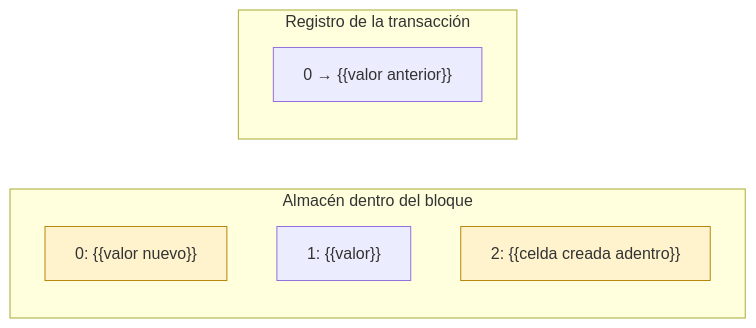
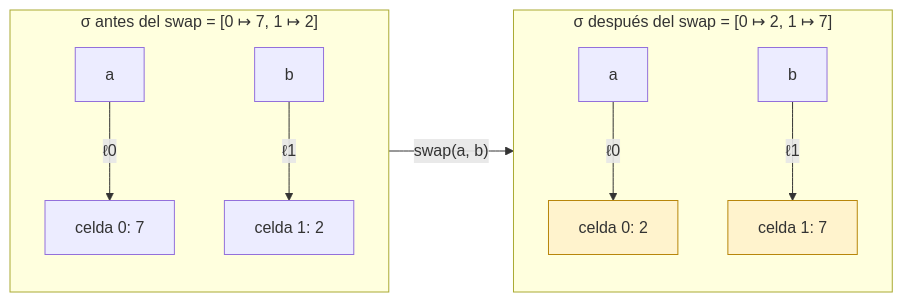
The fifth of 5 diagrams in docs/informe-ast.md (EjerciciosClasesCardel/flp-2026-2-taller-03-cauca-refs), drawn with Mermaid before and after one commit. The commit also changed other lines of this file, not shown here.

Commit message:
Agregamos informe-ast.md con los diagramas AST, trazas de evaluacion y manejo de referencias

````diff
--- a/docs/informe-ast.md
+++ b/docs/informe-ast.md
@@ -174,13 +434,14 @@
 ```mermaid
 graph LR
-  subgraph almacen_1 [Almacén dentro del bloque]
-    d0["0: {{valor nuevo}}"]
-    d1["1: {{valor}}"]
-    d2["2: {{celda creada adentro}}"]
+  subgraph antes ["σ antes del swap = [0 ↦ 7, 1 ↦ 2]"]
+    va["a"] -->|"ℓ0"| c0["celda 0: 7"]
+    vb["b"] -->|"ℓ1"| c1["celda 1: 2"]
   end
-  subgraph diario [Registro de la transacción]
-    r0["0 → {{valor anterior}}"]
+  subgraph despues ["σ después del swap = [0 ↦ 2, 1 ↦ 7]"]
+    va2["a"] -->|"ℓ0"| d0["celda 0: 2"]
+    vb2["b"] -->|"ℓ1"| d1["celda 1: 7"]
   end
-  classDef nuevo fill:#fff3cd,stroke:#b8860b;
-  class d0,d2 nuevo;
+  antes -->|"swap(a, b)"| despues
+  classDef cambio fill:#fff3cd,stroke:#b8860b;
+  class d0,d1 cambio;
 ```
````
